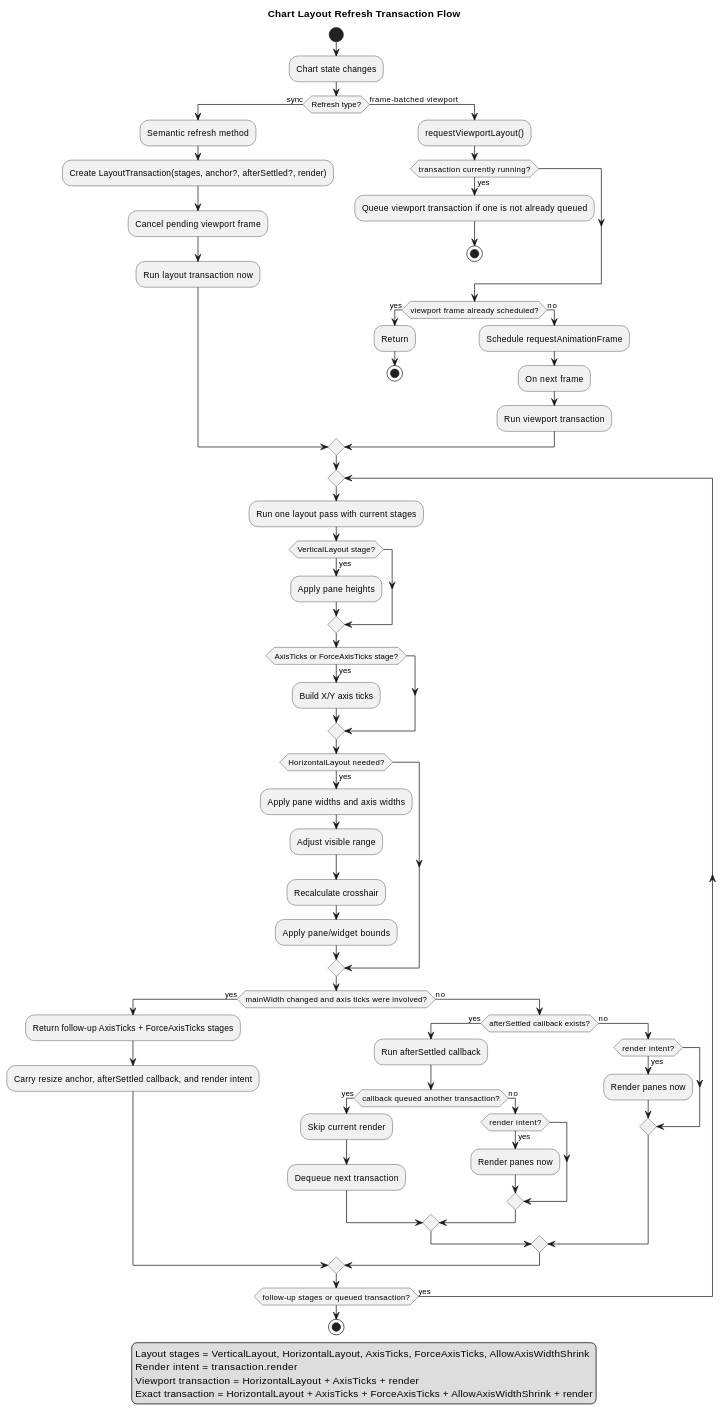
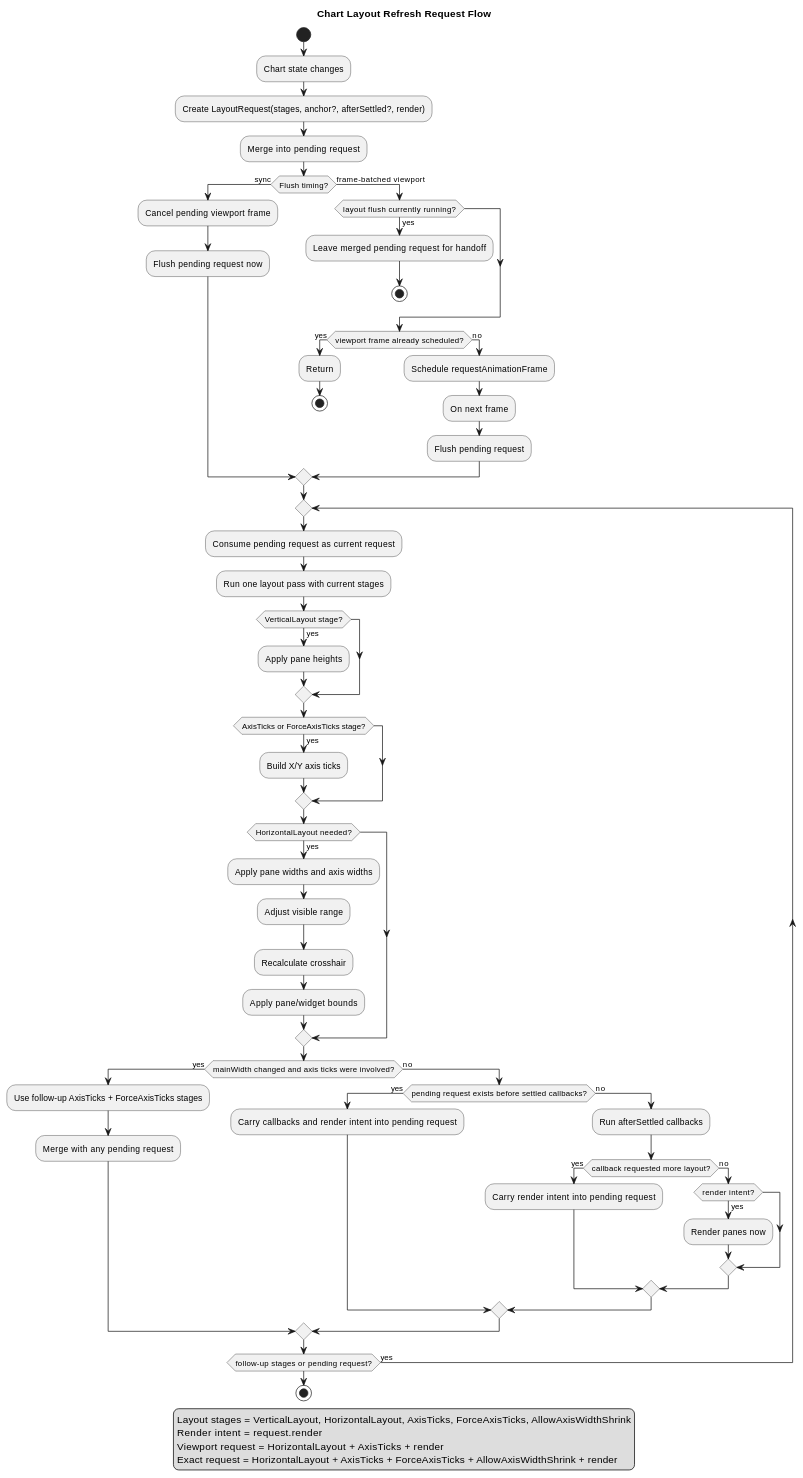
One commit to pre1ude/KLineChart changed the diagram in openspec/changes/refactor-layout-invalidation/design.md. Above: the diagram before and after it, drawn with PlantUML. The commit also changed other lines of this file and 5 other files, not shown here.

First line of the commit message:
refactor: coalesce layout request scheduler

````diff
--- a/openspec/changes/refactor-layout-invalidation/design.md
+++ b/openspec/changes/refactor-layout-invalidation/design.md
@@ -115,77 +115,74 @@
 ```plantuml
 @startuml
-title Chart Layout Refresh Transaction Flow
+title Chart Layout Refresh Request Flow
 
 legend
 Layout stages = VerticalLayout, HorizontalLayout, AxisTicks, ForceAxisTicks, AllowAxisWidthShrink
-Render intent = transaction.render
-Viewport transaction = HorizontalLayout + AxisTicks + render
-Exact transaction = HorizontalLayout + AxisTicks + ForceAxisTicks + AllowAxisWidthShrink + render
+Render intent = request.render
+Viewport request = HorizontalLayout + AxisTicks + render
+Exact request = HorizontalLayout + AxisTicks + ForceAxisTicks + AllowAxisWidthShrink + render
 endlegend
 
 start
 
 :Chart state changes;
+:Create LayoutRequest(stages, anchor?, afterSettled?, render);
+:Merge into pending request;
 
-if (Refresh type?) then (sync)
-  :Semantic refresh method;
-  :Create LayoutTransaction(stages, anchor?, afterSettled?, render);
+if (Flush timing?) then (sync)
   :Cancel pending viewport frame;
-  :Run layout transaction now;
+  :Flush pending request now;
 else (frame-batched viewport)
-  :requestViewportLayout();
-  if (transaction currently running?) then (yes)
-    :Queue viewport transaction if one is not already queued;
+  if (layout flush currently running?) then (yes)
+    :Leave merged pending request for handoff;
     stop
   endif
   if (viewport frame already scheduled?) then (yes)
     :Return;
     stop
   else (no)
     :Schedule requestAnimationFrame;
     :On next frame;
-    :Run viewport transaction;
+    :Flush pending request;
   endif
 endif
 
 repeat
+  :Consume pending request as current request;
   :Run one layout pass with current stages;
   if (VerticalLayout stage?) then (yes)
     :Apply pane heights;
   endif
   if (AxisTicks or ForceAxisTicks stage?) then (yes)
     :Build X/Y axis ticks;
   endif
   if (HorizontalLayout needed?) then (yes)
     :Apply pane widths and axis widths;
     :Adjust visible range;
     :Recalculate crosshair;
     :Apply pane/widget bounds;
   endif
 
   if (mainWidth changed and axis ticks were involved?) then (yes)
-    :Return follow-up AxisTicks + ForceAxisTicks stages;
-    :Carry resize anchor, afterSettled callback, and render intent;
+    :Use follow-up AxisTicks + ForceAxisTicks stages;
+    :Merge with any pending request;
   else (no)
-    if (afterSettled callback exists?) then (yes)
-      :Run afterSettled callback;
-      if (callback queued another transaction?) then (yes)
-        :Skip current render;
-        :Dequeue next transaction;
+    if (pending request exists before settled callbacks?) then (yes)
+      :Carry callbacks and render intent into pending request;
+    else (no)
+      :Run afterSettled callbacks;
+      if (callback requested more layout?) then (yes)
+        :Carry render intent into pending request;
       else (no)
         if (render intent?) then (yes)
           :Render panes now;
         endif
       endif
-    else (no)
-      if (render intent?) then (yes)
-        :Render panes now;
-      endif
     endif
   endif
 
-repeat while (follow-up stages or queued transaction?) is (yes)
+repeat while (follow-up stages or pending request?) is (yes)
 
 stop
 @enduml
 ```
````
